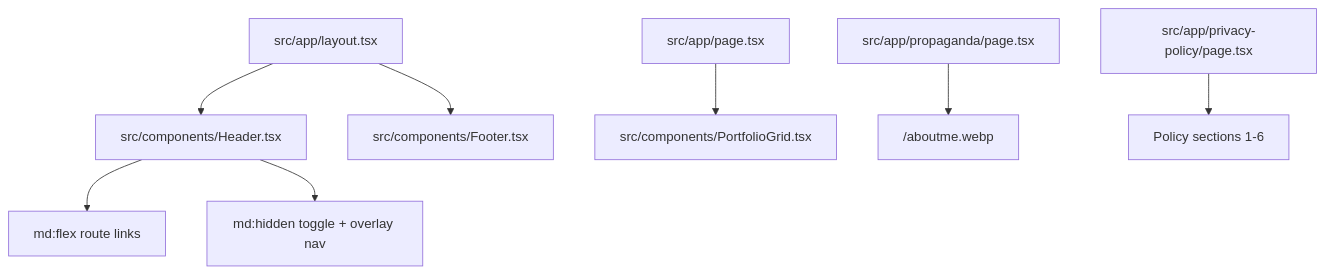
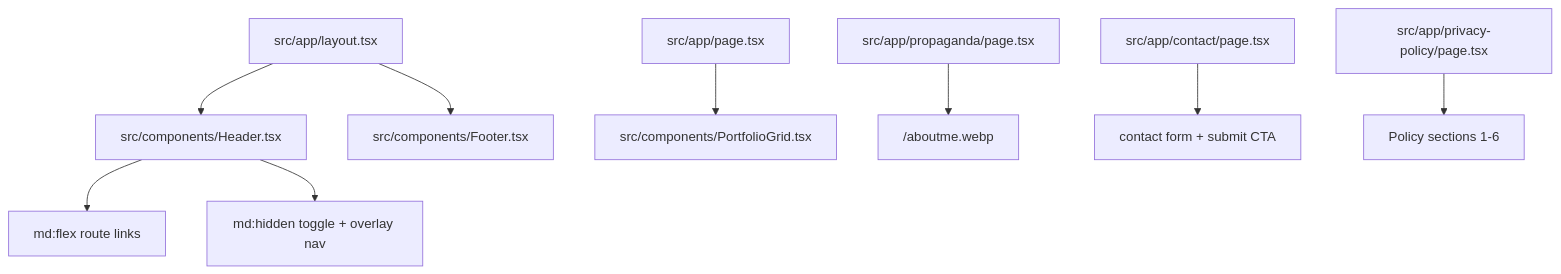
One commit to vele616/website-petra changed the diagram in lode/ui/summary.md. Above: the diagram before and after it, drawn with Mermaid. The commit also changed other lines of this file and 15 other files, not shown here.

````diff
--- a/lode/ui/summary.md
+++ b/lode/ui/summary.md
@@ -15,10 +17,11 @@
 ```mermaid
 graph TD
   Layout["src/app/layout.tsx"] --> Header["src/components/Header.tsx"]
   Layout --> Footer["src/components/Footer.tsx"]
   Home["src/app/page.tsx"] --> PortfolioGrid["src/components/PortfolioGrid.tsx"]
   About["src/app/propaganda/page.tsx"] --> AboutImage["/aboutme.webp"]
+  Contact["src/app/contact/page.tsx"] --> ContactForm["contact form + submit CTA"]
   Privacy["src/app/privacy-policy/page.tsx"] --> LegalCopy["Policy sections 1-6"]
   Header --> DesktopNav["md:flex route links"]
   Header --> MobileNav["md:hidden toggle + overlay nav"]
 ```
````
